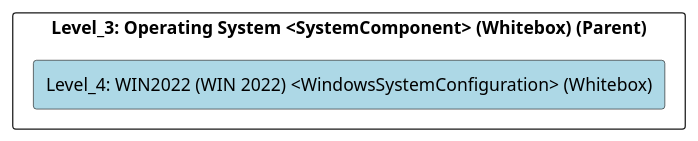
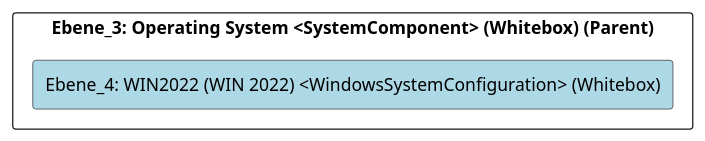
The diagram in src/cleon.architecturemethods.arc42.sample/doc/cleon_architecturemethods_arc42_sample_system/adoc/de/05_bausteinsicht/ikt/infrastruture/operating_system/win2022/ebene_4_win2022.adoc (marcozwyssig/cleon), drawn with PlantUML before and after one commit. The commit also changed other lines of this file and 214 other files, not shown here.

```diff
--- a/src/cleon.architecturemethods.arc42.sample/doc/cleon_architecturemethods_arc42_sample_system/adoc/de/05_bausteinsicht/ikt/infrastruture/operating_system/win2022/ebene_4_win2022.adoc
+++ b/src/cleon.architecturemethods.arc42.sample/doc/cleon_architecturemethods_arc42_sample_system/adoc/de/05_bausteinsicht/ikt/infrastruture/operating_system/win2022/ebene_4_win2022.adoc
@@ -20,24 +20,24 @@
-[plantuml, Level_4: WIN2022 (WIN 2022) <WindowsSystemConfiguration> (Whitebox)BlockOverview, format="svg"]
+[plantuml, Ebene_4: WIN2022 (WIN 2022) <WindowsSystemConfiguration> (Whitebox)BlockOverview, format="svg"]
 ----
-@startuml Level_4: WIN2022 (WIN 2022) <WindowsSystemConfiguration> (Whitebox)BuildingBlockOverview
+@startuml Ebene_4: WIN2022 (WIN 2022) <WindowsSystemConfiguration> (Whitebox)BuildingBlockOverview
 
 skinparam ranksep 10
 skinparam componentStyle rectangle
 skinparam shadowing false
 skinparam arrowColor lightblue
 skinparam arrowThickness 1.2
 skinparam rectangle {
   BackgroundColor White
   BorderColor #333
   RoundCorner 10
 }
 top to bottom direction
 
-component "Level_3: Operating System <SystemComponent> (Whitebox) (Parent)" {
-    component "Level_4: WIN2022 (WIN 2022) <WindowsSystemConfiguration> (Whitebox)" #lightblue {
+component "Ebene_3: Operating System <SystemComponent> (Whitebox) (Parent)" {
+    component "Ebene_4: WIN2022 (WIN 2022) <WindowsSystemConfiguration> (Whitebox)" #lightblue {
     }
 
 }
 
 @enduml
 ----
```
